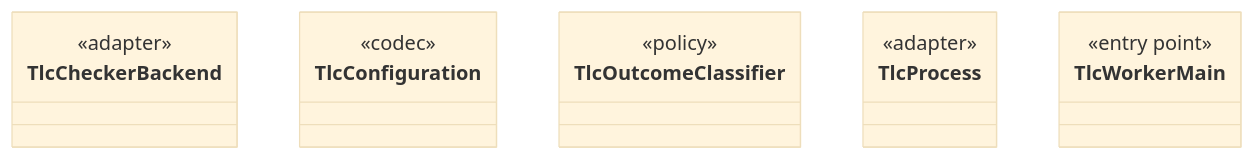
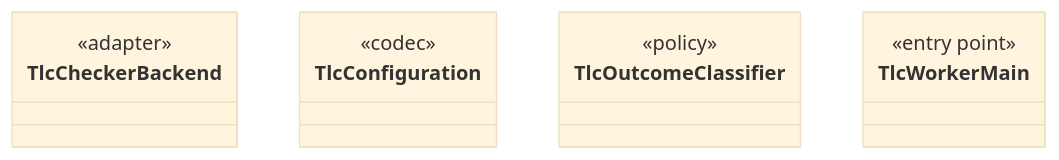
Before and after one commit to tlaplus/model-checker-hardening: diagram 12 of 14 in dev/modules/workflow.md, drawn with Mermaid (base theme). The commit also changed other lines of this file and 408 other files, not shown here.

````diff
--- a/dev/modules/workflow.md
+++ b/dev/modules/workflow.md
@@ -386,18 +369,15 @@
 ```mermaid
 classDiagram
   class TlcCheckerBackend {
     <<adapter>>
   }
   class TlcConfiguration {
     <<codec>>
   }
   class TlcOutcomeClassifier {
     <<policy>>
   }
-  class TlcProcess {
-    <<adapter>>
-  }
   class TlcWorkerMain {
     <<entry point>>
   }
 ```
````
